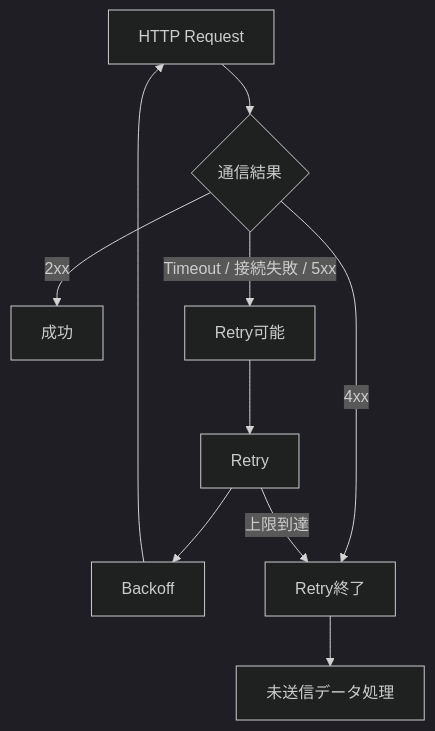
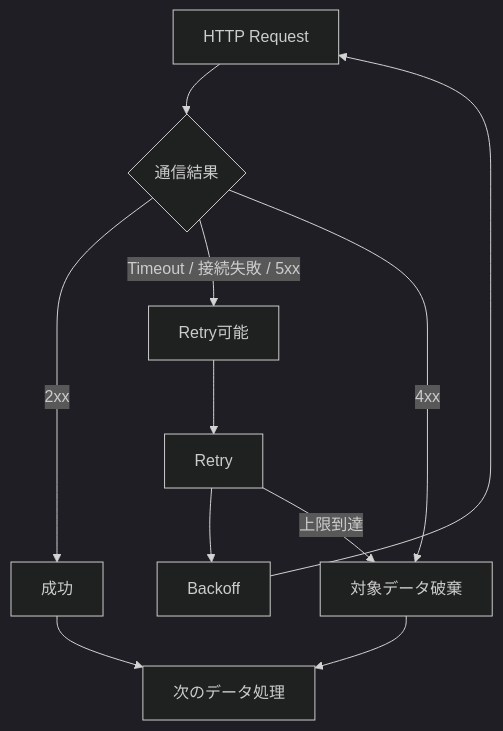
Before and after one commit to yujimasuda77777/Raspberry_Pi_4B_Edge_IoT_System: diagram 23 of 46 in docs/05_operation_recovery.md, drawn with Mermaid (dark theme). The commit also changed other lines of this file and 1 other file, not shown here.

````diff
--- a/docs/05_operation_recovery.md
+++ b/docs/05_operation_recovery.md
@@ -1172,24 +1118,25 @@
 ```mermaid
 flowchart TD
     Request["HTTP Request"]
     Result{"通信結果"}
     Success["成功"]
     Retryable["Retry可能"]
     Retry["Retry"]
     Backoff["Backoff"]
-    End["Retry終了"]
-    DataHandle["未送信データ処理"]
+    Discard["対象データ破棄"]
+    Next["次のデータ処理"]
 
     Request --> Result
 
     Result -->|2xx| Success
     Result -->|Timeout / 接続失敗 / 5xx| Retryable
-    Result -->|4xx| End
+    Result -->|4xx| Discard
 
     Retryable --> Retry
     Retry --> Backoff
     Backoff --> Request
 
-    Retry -->|上限到達| End
-    End --> DataHandle
+    Retry -->|上限到達| Discard
+    Success --> Next
+    Discard --> Next
 ```
````
